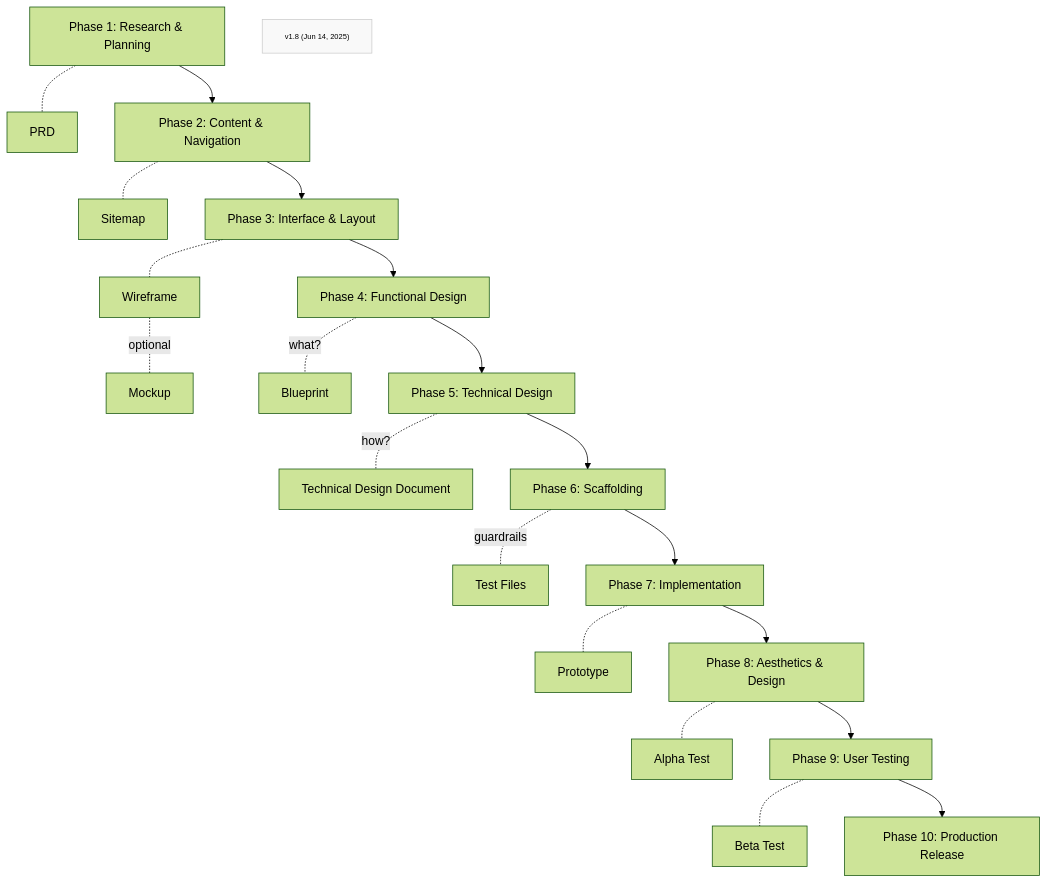
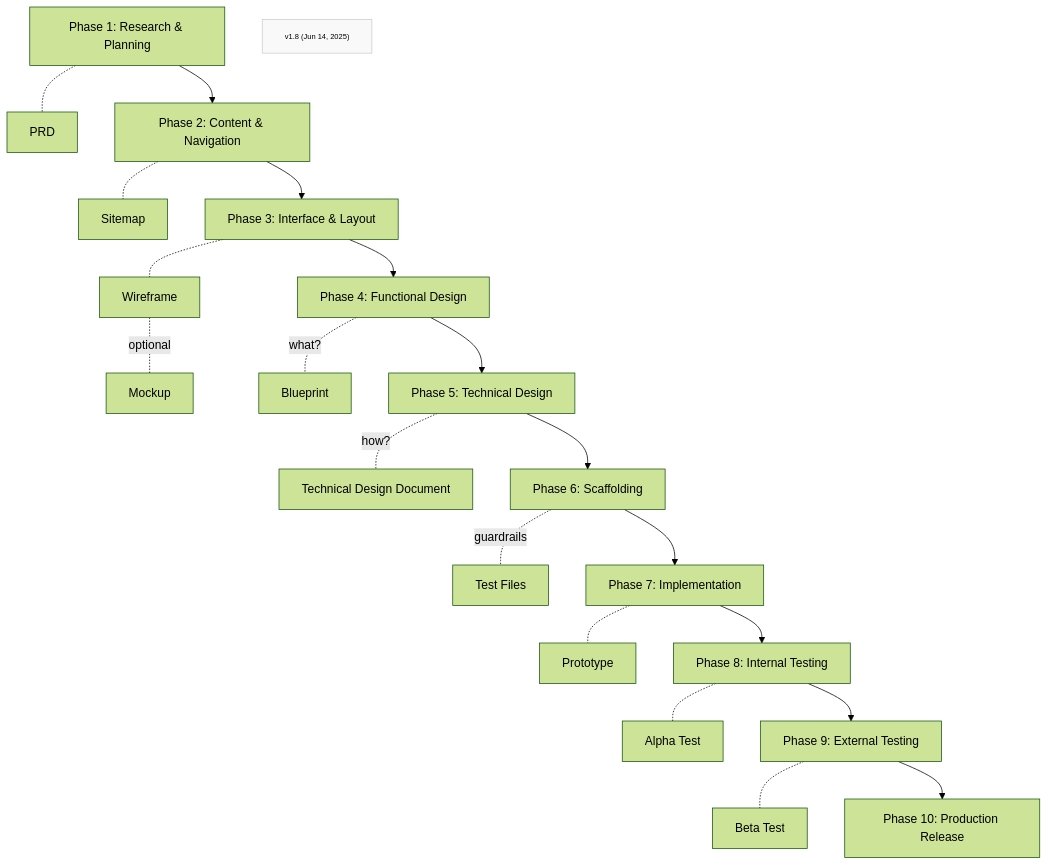
Before and after one commit to Mharbulous/Front-First-Method: the first of 2 diagrams in Phases/FF-overview.md, drawn with Mermaid (forest theme).

````diff
--- a/Phases/FF-overview.md
+++ b/Phases/FF-overview.md
@@ -1,26 +1,26 @@
 ```mermaid
 graph TD
     Phase1["Phase 1: Research & Planning"] -.- PRD["PRD"]
     Phase1 --> Phase2["Phase 2: Content & Navigation"]
     Phase2 -.- Sitemap["Sitemap"]
     Phase2 --> Phase3["Phase 3: Interface & Layout"]
     Phase3 -.- Wireframe["Wireframe"]
     Wireframe -.- |optional|Mockup["Mockup"]
     Phase3 --> Phase4["Phase 4: Functional Design"]
     Phase4 -.- |what?|Blueprint["Blueprint"]
     Phase4 --> Phase5["Phase 5: Technical Design"]
     Phase5 -.- |how?|TechDesign["Technical Design Document"]
     Phase5 --> Phase6["Phase 6: Scaffolding"]
     Phase6 -.- |guardrails|Specs["Test Files"]
     Phase6 --> Phase7["Phase 7: Implementation"]
     Phase7 -.- Prototype["Prototype"]
-    Phase7 --> Phase8["Phase 8: Aesthetics & Design"]
+    Phase7 --> Phase8["Phase 8: Internal Testing"]
     Phase8 -.- Alpha["Alpha Test"]
-    Phase8 --> Phase9["Phase 9: User Testing"]
+    Phase8 --> Phase9["Phase 9: External Testing"]
     Phase9 -.- Beta["Beta Test"]
     Phase9 --> Phase10["Phase 10: Production Release"]
 
     VersionInfo["v1.8 (Jun 14, 2025)"]
     classDef version fill:#f9f9f9,stroke:#ccc,font-size:10px;
     class VersionInfo version
 ```
````
